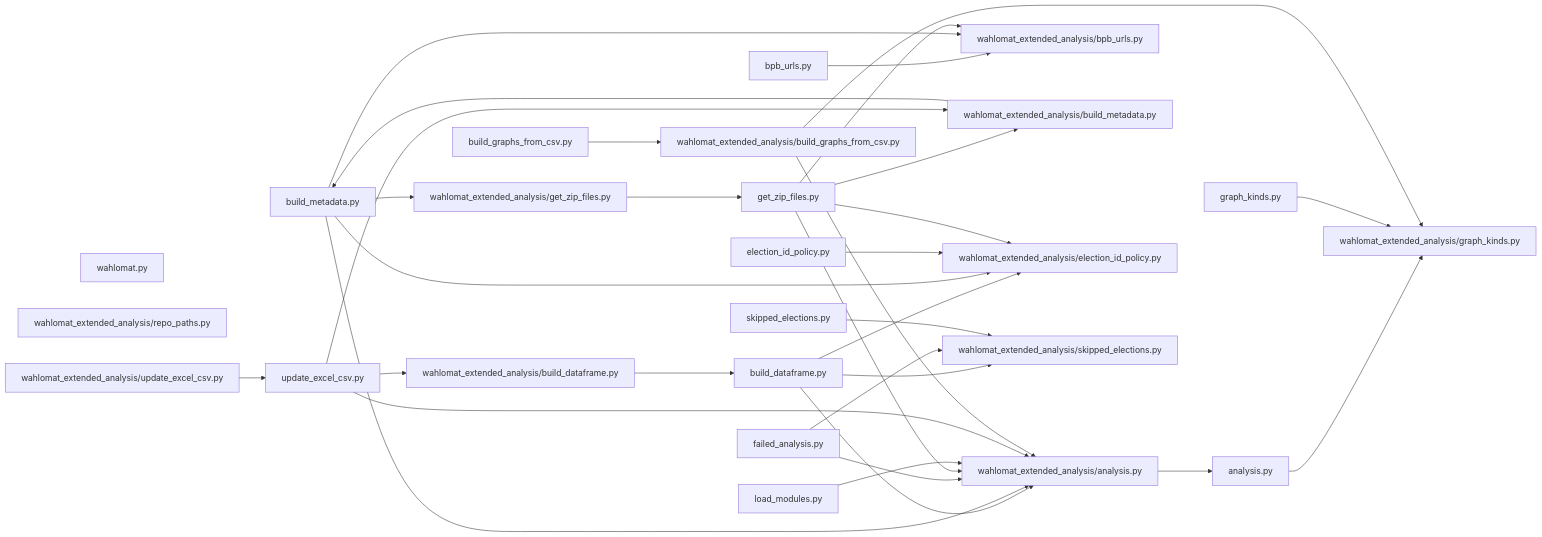
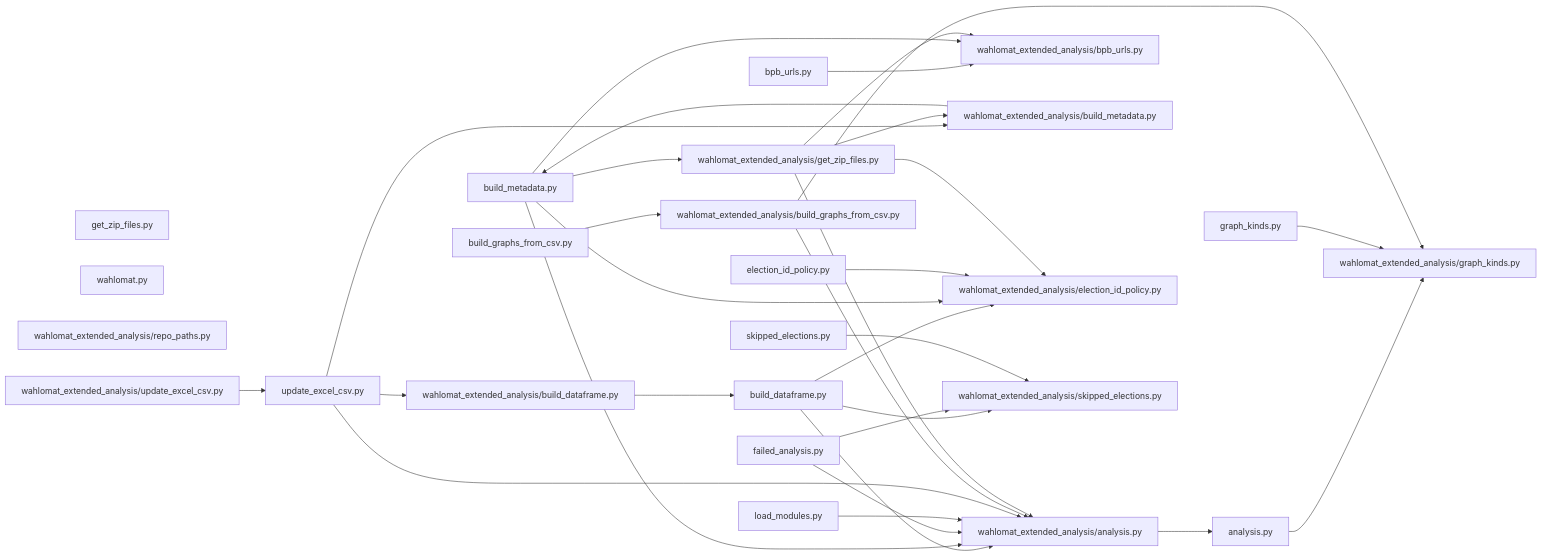
The second of 2 diagrams in docs/ARCHITECTURE.md (skbormann/wahlomat-extended-analysis), drawn with Mermaid before and after one commit. The commit also changed 2 other files, not shown here.

Commit message:
Move get_zip_files into package.
Keep the legacy get_zip_files import path working by aliasing it to the package module so tests and callers that patch functions continue to behave as before.

Made-with: Cursor

````diff
--- a/docs/ARCHITECTURE.md
+++ b/docs/ARCHITECTURE.md
@@ -57,57 +57,56 @@
 ```mermaid
 flowchart LR
   m_analysis["analysis.py"]
   m_bpb_urls["bpb_urls.py"]
   m_build_dataframe["build_dataframe.py"]
   m_build_graphs_from_csv["build_graphs_from_csv.py"]
   m_build_metadata["build_metadata.py"]
   m_election_id_policy["election_id_policy.py"]
   m_failed_analysis["failed_analysis.py"]
   m_get_zip_files["get_zip_files.py"]
   m_graph_kinds["graph_kinds.py"]
   m_load_modules["load_modules.py"]
   m_skipped_elections["skipped_elections.py"]
   m_update_excel_csv["update_excel_csv.py"]
   m_wahlomat["wahlomat.py"]
   m_wahlomat_extended_analysis_analysis["wahlomat_extended_analysis/analysis.py"]
   m_wahlomat_extended_analysis_bpb_urls["wahlomat_extended_analysis/bpb_urls.py"]
   m_wahlomat_extended_analysis_build_dataframe["wahlomat_extended_analysis/build_dataframe.py"]
   m_wahlomat_extended_analysis_build_graphs_from_csv["wahlomat_extended_analysis/build_graphs_from_csv.py"]
   m_wahlomat_extended_analysis_build_metadata["wahlomat_extended_analysis/build_metadata.py"]
   m_wahlomat_extended_analysis_election_id_policy["wahlomat_extended_analysis/election_id_policy.py"]
   m_wahlomat_extended_analysis_get_zip_files["wahlomat_extended_analysis/get_zip_files.py"]
   m_wahlomat_extended_analysis_graph_kinds["wahlomat_extended_analysis/graph_kinds.py"]
   m_wahlomat_extended_analysis_repo_paths["wahlomat_extended_analysis/repo_paths.py"]
   m_wahlomat_extended_analysis_skipped_elections["wahlomat_extended_analysis/skipped_elections.py"]
   m_wahlomat_extended_analysis_update_excel_csv["wahlomat_extended_analysis/update_excel_csv.py"]
   m_analysis --> m_wahlomat_extended_analysis_graph_kinds
   m_bpb_urls --> m_wahlomat_extended_analysis_bpb_urls
   m_build_dataframe --> m_wahlomat_extended_analysis_analysis
   m_build_dataframe --> m_wahlomat_extended_analysis_election_id_policy
   m_build_dataframe --> m_wahlomat_extended_analysis_skipped_elections
   m_build_graphs_from_csv --> m_wahlomat_extended_analysis_build_graphs_from_csv
   m_build_metadata --> m_wahlomat_extended_analysis_analysis
   m_build_metadata --> m_wahlomat_extended_analysis_bpb_urls
   m_build_metadata --> m_wahlomat_extended_analysis_election_id_policy
   m_build_metadata --> m_wahlomat_extended_analysis_get_zip_files
   m_election_id_policy --> m_wahlomat_extended_analysis_election_id_policy
   m_failed_analysis --> m_wahlomat_extended_analysis_analysis
   m_failed_analysis --> m_wahlomat_extended_analysis_skipped_elections
-  m_get_zip_files --> m_wahlomat_extended_analysis_analysis
-  m_get_zip_files --> m_wahlomat_extended_analysis_bpb_urls
-  m_get_zip_files --> m_wahlomat_extended_analysis_build_metadata
-  m_get_zip_files --> m_wahlomat_extended_analysis_election_id_policy
   m_graph_kinds --> m_wahlomat_extended_analysis_graph_kinds
   m_load_modules --> m_wahlomat_extended_analysis_analysis
   m_skipped_elections --> m_wahlomat_extended_analysis_skipped_elections
   m_update_excel_csv --> m_wahlomat_extended_analysis_analysis
   m_update_excel_csv --> m_wahlomat_extended_analysis_build_dataframe
   m_update_excel_csv --> m_wahlomat_extended_analysis_build_metadata
   m_wahlomat_extended_analysis_analysis --> m_analysis
   m_wahlomat_extended_analysis_build_dataframe --> m_build_dataframe
   m_wahlomat_extended_analysis_build_graphs_from_csv --> m_wahlomat_extended_analysis_analysis
   m_wahlomat_extended_analysis_build_graphs_from_csv --> m_wahlomat_extended_analysis_graph_kinds
   m_wahlomat_extended_analysis_build_metadata --> m_build_metadata
-  m_wahlomat_extended_analysis_get_zip_files --> m_get_zip_files
+  m_wahlomat_extended_analysis_get_zip_files --> m_wahlomat_extended_analysis_analysis
+  m_wahlomat_extended_analysis_get_zip_files --> m_wahlomat_extended_analysis_bpb_urls
+  m_wahlomat_extended_analysis_get_zip_files --> m_wahlomat_extended_analysis_build_metadata
+  m_wahlomat_extended_analysis_get_zip_files --> m_wahlomat_extended_analysis_election_id_policy
   m_wahlomat_extended_analysis_update_excel_csv --> m_update_excel_csv
 ```
````
